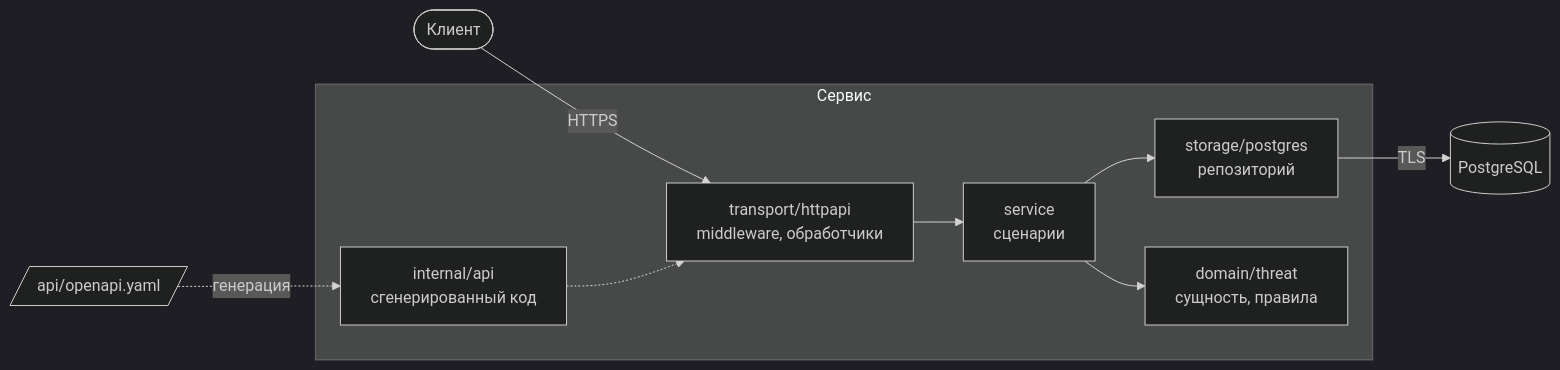
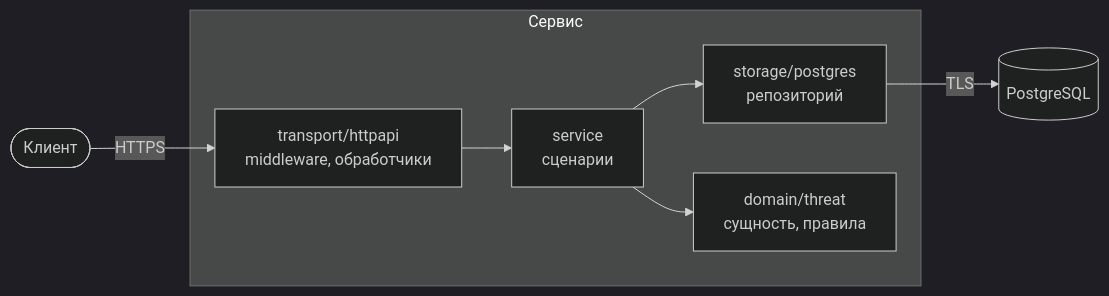
One commit to cldsty/threat-exchange changed the diagram in docs/architecture.md. Above: the diagram before and after it, drawn with Mermaid (dark theme). The commit also changed other lines of this file, not shown here.

Commit message:
Keep only the request path on the architecture diagram

````diff
--- a/docs/architecture.md
+++ b/docs/architecture.md
@@ -5,20 +5,17 @@
 ```mermaid
 flowchart LR
     client([Клиент]) -->|HTTPS| http
 
     subgraph app[Сервис]
-        api["internal/api<br/>сгенерированный код"]
         http["transport/httpapi<br/>middleware, обработчики"]
         service["service<br/>сценарии"]
         repo["storage/postgres<br/>репозиторий"]
         domain["domain/threat<br/>сущность, правила"]
 
-        api -.-> http
         http --> service
         service --> repo
         service --> domain
     end
 
     repo -->|TLS| db[(PostgreSQL)]
-    spec[/"api/openapi.yaml"/] -.->|генерация| api
 ```
````
